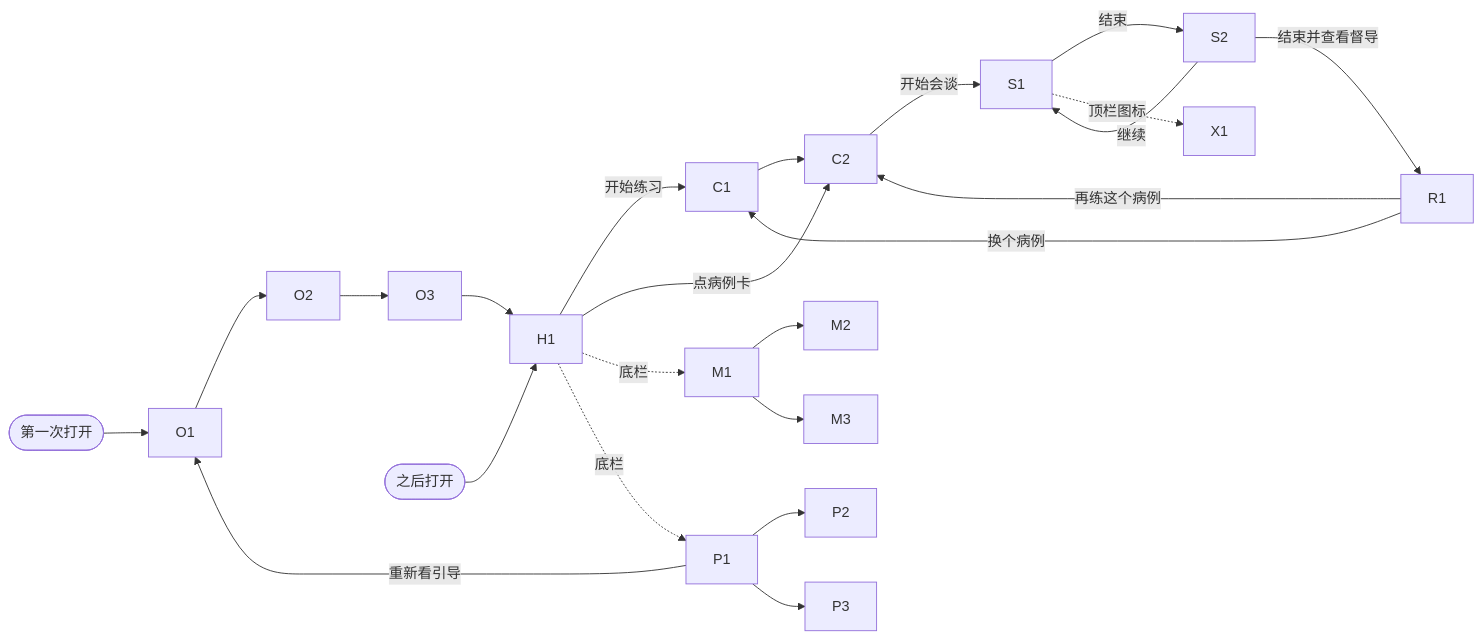
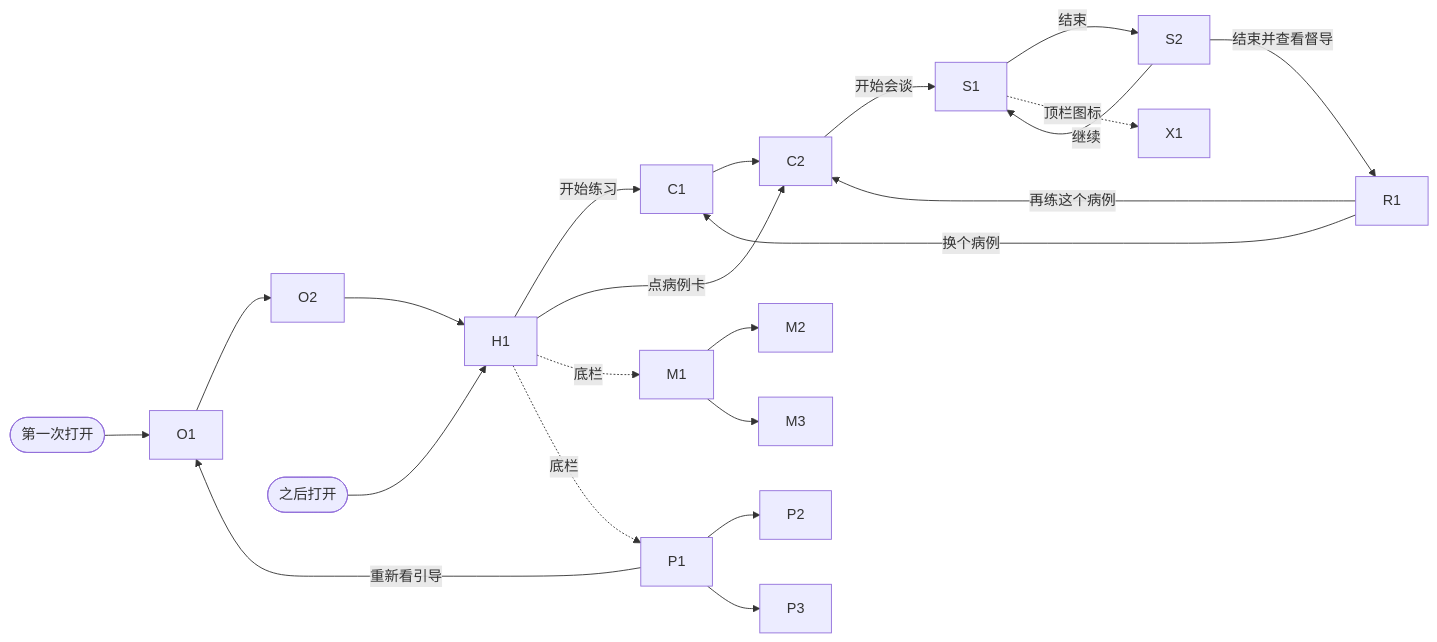
One commit to Novawerk/project-psygym-workspace changed the diagram in docs/product/information-architecture.md. Above: the diagram before and after it, drawn with Mermaid. The commit also changed other lines of this file and 16 other files, not shown here.

````diff
--- a/docs/product/information-architecture.md
+++ b/docs/product/information-architecture.md
@@ -38,20 +38,20 @@
 ```mermaid
 flowchart LR
-  start([第一次打开]) --> O1 --> O2 --> O3 --> H1
+  start([第一次打开]) --> O1 --> O2 --> H1
   reopen([之后打开]) --> H1
   H1 -- 开始练习 --> C1
   H1 -- 点病例卡 --> C2
   C1 --> C2 -- 开始会谈 --> S1
   S1 -- 结束 --> S2 -- 结束并查看督导 --> R1
   S2 -- 继续 --> S1
   R1 -- 再练这个病例 --> C2
   R1 -- 换个病例 --> C1
   M1 --> M2
   M1 --> M3
   H1 -. 底栏 .-> M1
   H1 -. 底栏 .-> P1
   P1 --> P2
   P1 --> P3
   P1 -- 重新看引导 --> O1
   S1 -. 顶栏图标 .-> X1
 ```
````
